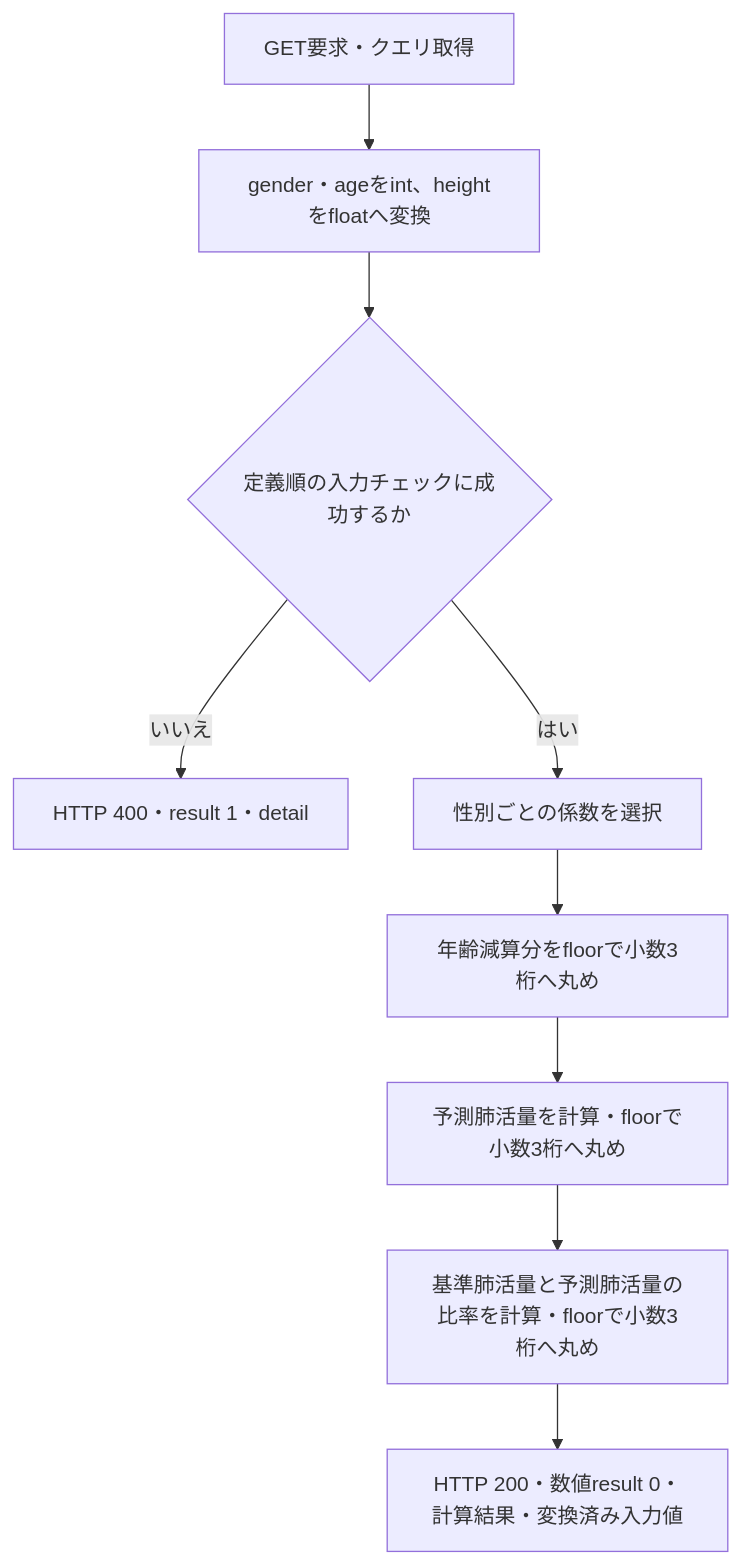
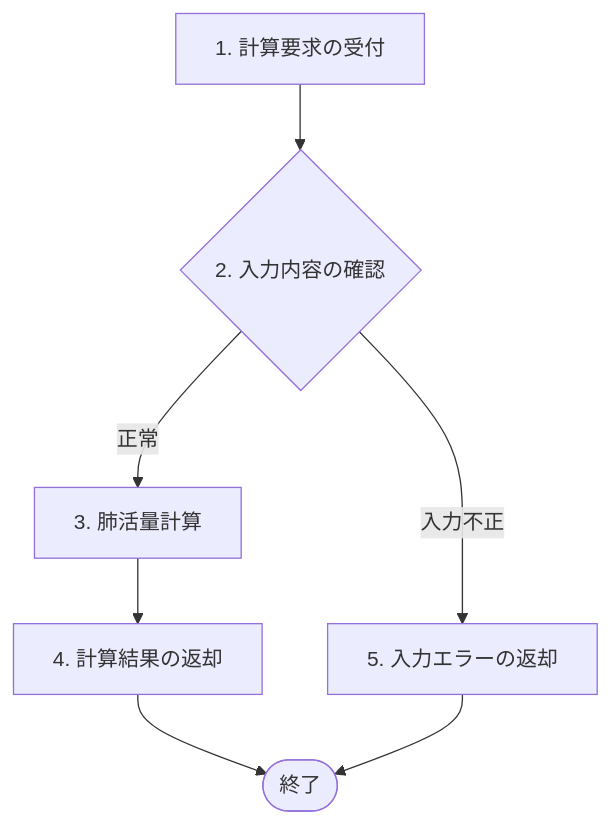
One commit to kohei-okazaki/work-3g changed the second of 2 diagrams in ha-docs/design/04_calcapi/設計書_4.4.肺活量計算API.md. Above: the diagram before and after it, drawn with Mermaid. The commit also changed other lines of this file and 67 other files, not shown here.

````diff
--- a/ha-docs/design/04_calcapi/設計書_4.4.肺活量計算API.md
+++ b/ha-docs/design/04_calcapi/設計書_4.4.肺活量計算API.md
@@ -10,11 +110,9 @@
 ```mermaid
 flowchart TD
-    Request["GET要求・クエリ取得"] --> Convert["gender・ageをint、heightをfloatへ変換"]
-    Convert --> Validate{"定義順の入力チェックに成功するか"}
-    Validate -->|いいえ| Bad["HTTP 400・result 1・detail"]
-    Validate -->|はい| Gender["性別ごとの係数を選択"]
-    Gender --> Age["年齢減算分をfloorで小数3桁へ丸め"]
-    Age --> Predict["予測肺活量を計算・floorで小数3桁へ丸め"]
-    Predict --> Percent["基準肺活量と予測肺活量の比率を計算・floorで小数3桁へ丸め"]
-    Percent --> Response["HTTP 200・数値result 0・計算結果・変換済み入力値"]
+    Request["1. 計算要求の受付"] --> Validate{"2. 入力内容の確認"}
+    Validate -->|正常| Calc["3. 肺活量計算"]
+    Validate -->|入力不正| Error["5. 入力エラーの返却"]
+    Calc --> Response["4. 計算結果の返却"]
+    Response --> Finish(["終了"])
+    Error --> Finish
 ```
````
